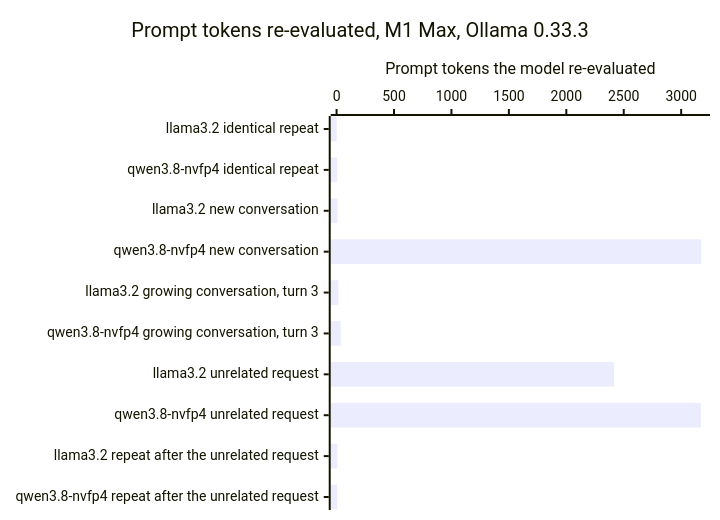
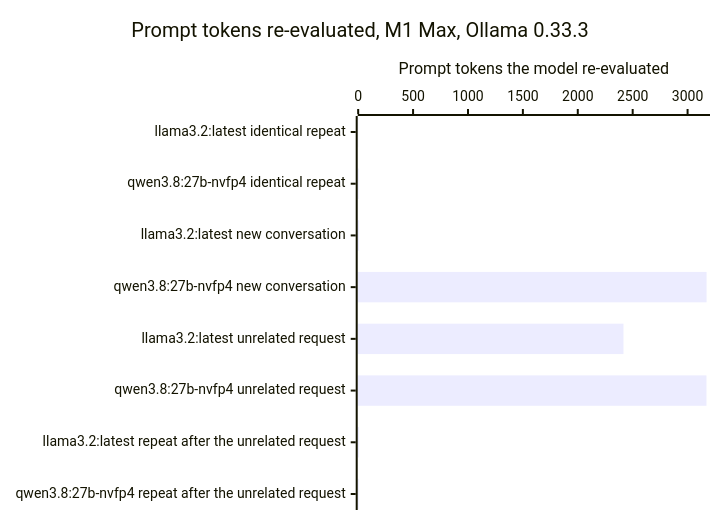
Before and after one commit to freemansoft/Flutter-AdaptiveCards: the second of 2 diagrams in adaptive_chat_server_dart/blog/article-8-prompt-cache-draft.md, drawn with Mermaid. The commit also changed other lines of this file and 1 other file, not shown here.

````diff
--- a/adaptive_chat_server_dart/blog/article-8-prompt-cache-draft.md
+++ b/adaptive_chat_server_dart/blog/article-8-prompt-cache-draft.md
@@ -189,7 +215,7 @@
 ```mermaid
 xychart-beta horizontal
     title "Prompt tokens re-evaluated, M1 Max, Ollama 0.33.3"
-    x-axis ["llama3.2 identical repeat", "qwen3.8-nvfp4 identical repeat", "llama3.2 new conversation", "qwen3.8-nvfp4 new conversation", "llama3.2 growing conversation, turn 3", "qwen3.8-nvfp4 growing conversation, turn 3", "llama3.2 unrelated request", "qwen3.8-nvfp4 unrelated request", "llama3.2 repeat after the unrelated request", "qwen3.8-nvfp4 repeat after the unrelated request"]
+    x-axis ["llama3.2:latest identical repeat", "qwen3.8:27b-nvfp4 identical repeat", "llama3.2:latest new conversation", "qwen3.8:27b-nvfp4 new conversation", "llama3.2:latest unrelated request", "qwen3.8:27b-nvfp4 unrelated request", "llama3.2:latest repeat after the unrelated request", "qwen3.8:27b-nvfp4 repeat after the unrelated request"]
     y-axis "Prompt tokens the model re-evaluated" 0 --> 3200
-    bar [1, 5, 8, 3173, 15, 35, 2416, 3172, 7, 5]
+    bar [1, 5, 8, 3173, 2416, 3172, 7, 5]
 ```
````
